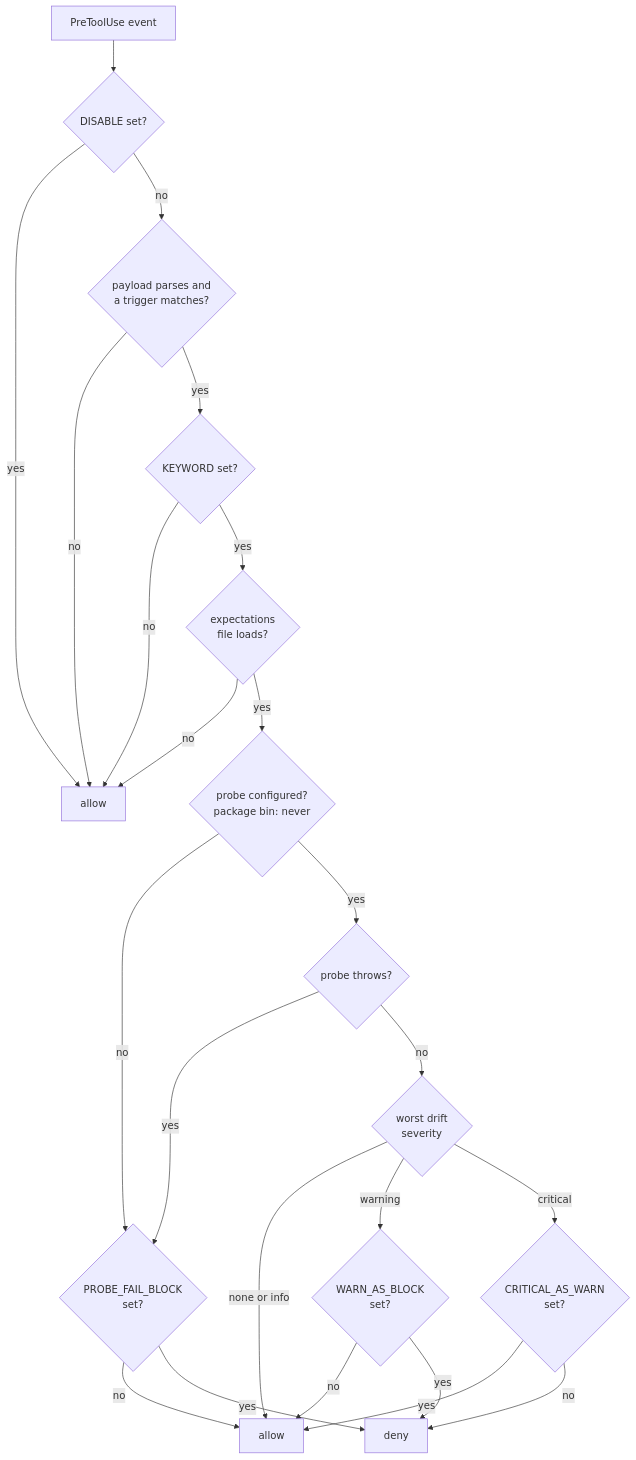
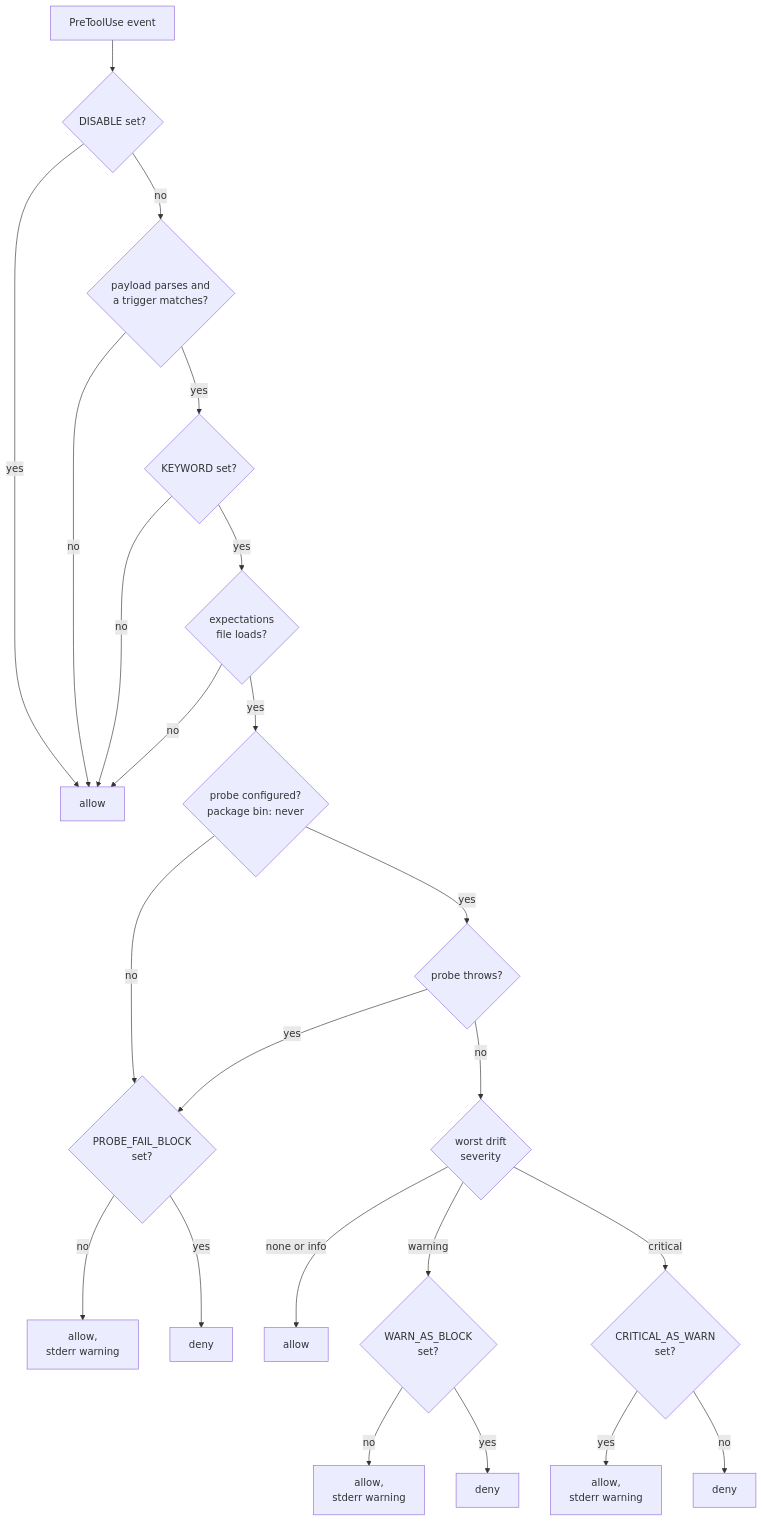
Before and after one commit to LanNguyenSi/agent-grounding: the diagram in docs/policy-runtime-reality.md, drawn with Mermaid. The commit also changed other lines of this file and 11 other files, not shown here.

````diff
--- a/docs/policy-runtime-reality.md
+++ b/docs/policy-runtime-reality.md
@@ -95,25 +95,25 @@
 ```mermaid
 flowchart TD
     ev["PreToolUse event"] --> d{"DISABLE set?"}
     d -- yes --> skip["allow"]
     d -- no --> t{"payload parses and<br/>a trigger matches?"}
     t -- no --> skip
     t -- yes --> k{"KEYWORD set?"}
     k -- no --> skip
     k -- yes --> e{"expectations<br/>file loads?"}
     e -- no --> skip
     e -- yes --> p{"probe configured?<br/>package bin: never"}
     p -- no --> pf{"PROBE_FAIL_BLOCK<br/>set?"}
     p -- yes --> x{"probe throws?"}
     x -- yes --> pf
     x -- no --> s{"worst drift<br/>severity"}
+    pf -- no --> pfa["allow,<br/>stderr warning"]
+    pf -- yes --> pfd["deny"]
     s -- "none or info" --> allow["allow"]
     s -- warning --> w{"WARN_AS_BLOCK<br/>set?"}
     s -- critical --> c{"CRITICAL_AS_WARN<br/>set?"}
-    pf -- no --> allow
-    pf -- yes --> deny["deny"]
-    w -- no --> allow
-    w -- yes --> deny
-    c -- yes --> allow
-    c -- no --> deny
+    w -- no --> wa["allow,<br/>stderr warning"]
+    w -- yes --> wd["deny"]
+    c -- yes --> ca["allow,<br/>stderr warning"]
+    c -- no --> cd["deny"]
 ```
````
